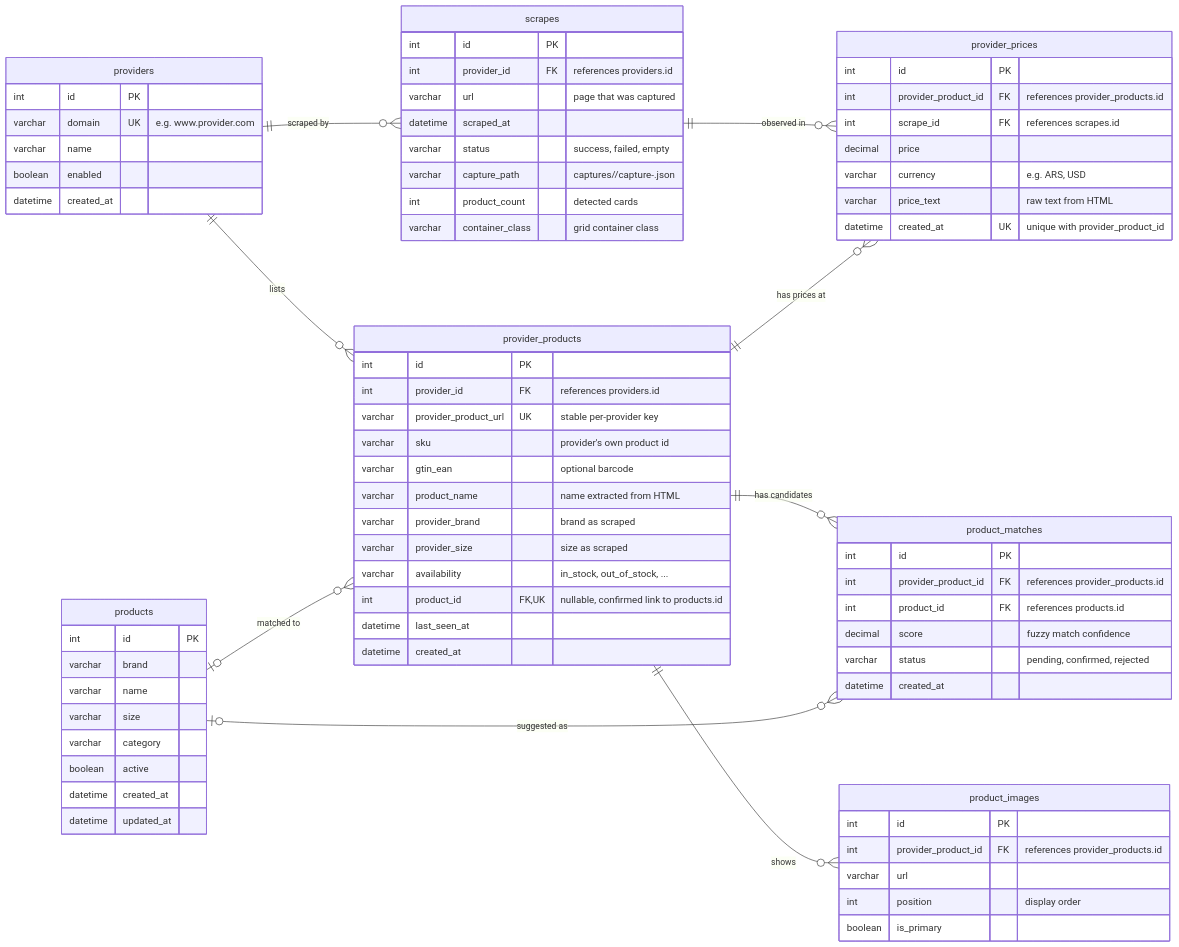
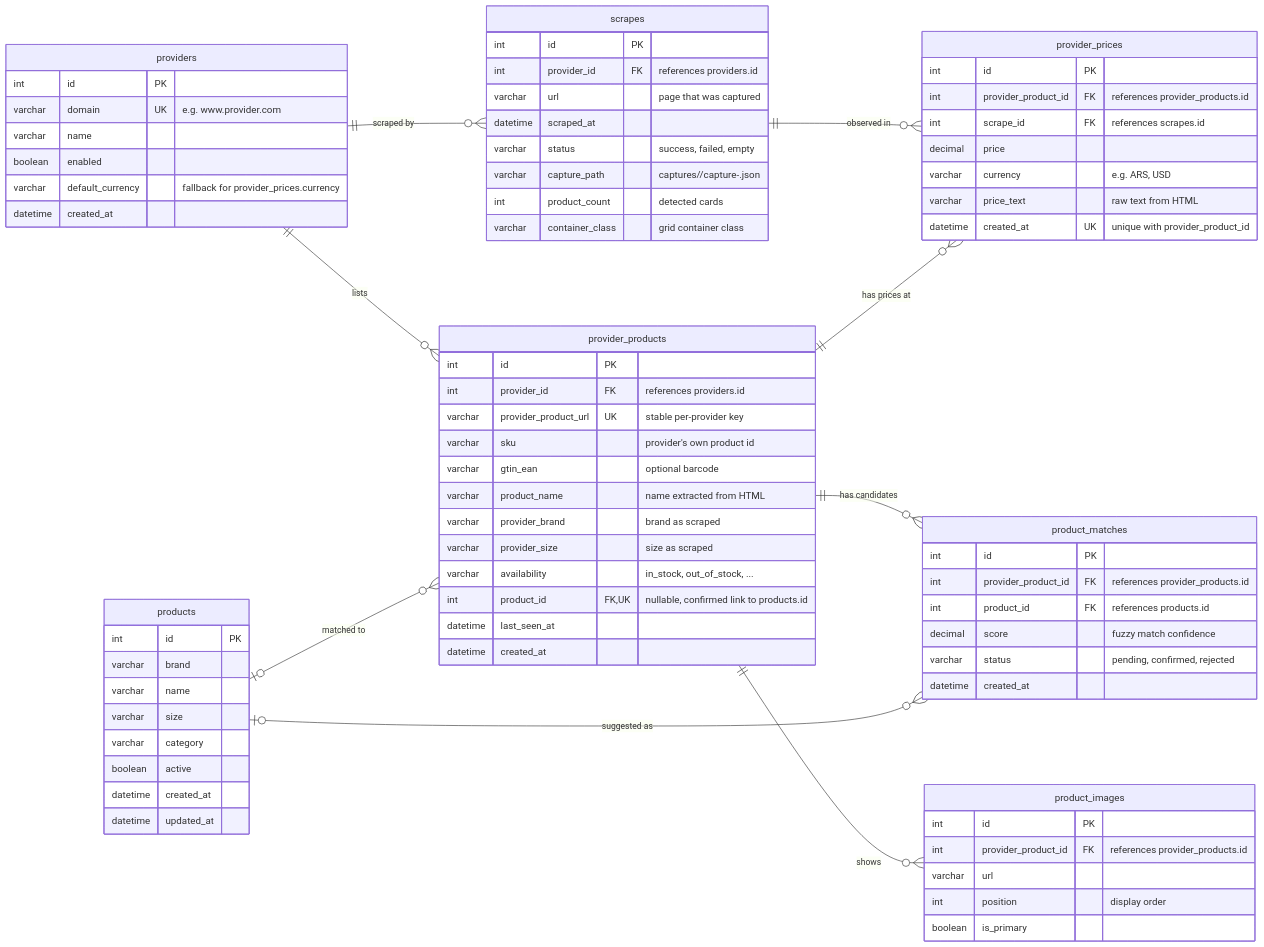
The diagram in DATABASE.md (romayengineer/price_hunter), drawn with Mermaid before and after one commit. The commit also changed other lines of this file and 13 other files, not shown here.

```diff
--- a/DATABASE.md
+++ b/DATABASE.md
@@ -11,6 +11,7 @@
         varchar domain UK "e.g. www.provider.com"
         varchar name
         boolean enabled
+        varchar default_currency "fallback for provider_prices.currency"
         datetime created_at
     }
 
```
